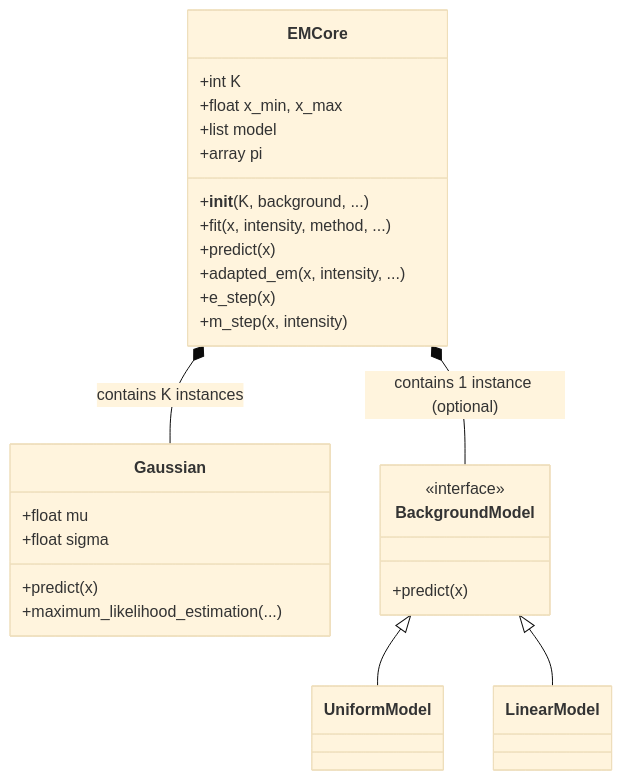
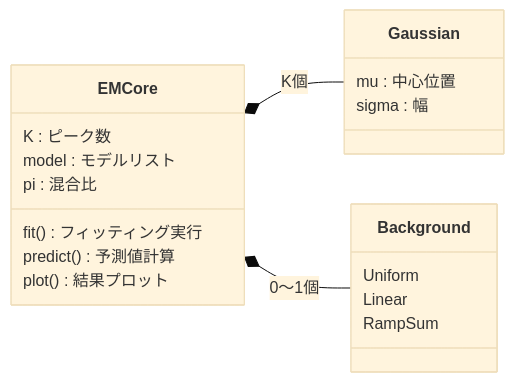
One commit to yasunobu-ando/EMPeaks changed the second of 4 diagrams in dev_docs/em_core_details.md. Above: the diagram before and after it, drawn with Mermaid (base theme). The commit also changed other lines of this file and 7 other files, not shown here.

````diff
--- a/dev_docs/em_core_details.md
+++ b/dev_docs/em_core_details.md
@@ -137,32 +46,26 @@
 ```mermaid
 classDiagram
+    direction LR
     class EMCore {
-        +int K
-        +float x_min, x_max
-        +list model
-        +array pi
-        +__init__(K, background, ...)
-        +fit(x, intensity, method, ...)
-        +predict(x)
-        +adapted_em(x, intensity, ...)
-        +e_step(x)
-        +m_step(x, intensity)
+        K : ピーク数
+        model : モデルリスト
+        pi : 混合比
+        fit() フィッティング実行
+        predict() 予測値計算
+        plot() 結果プロット
     }
+    
     class Gaussian {
-        +float mu
-        +float sigma
-        +predict(x)
-        +maximum_likelihood_estimation(...)
+        mu : 中心位置
+        sigma : 幅
     }
-    class BackgroundModel {
-        <<interface>>
-        +predict(x)
+    
+    class Background {
+        Uniform
+        Linear
+        RampSum
     }
-    class UniformModel
-    class LinearModel
     
-    EMCore *-- Gaussian : contains K instances
-    EMCore *-- BackgroundModel : contains 1 instance (optional)
-    BackgroundModel <|-- UniformModel
-    BackgroundModel <|-- LinearModel
+    EMCore *-- Gaussian : K個
+    EMCore *-- Background : 0〜1個
 ```
````
